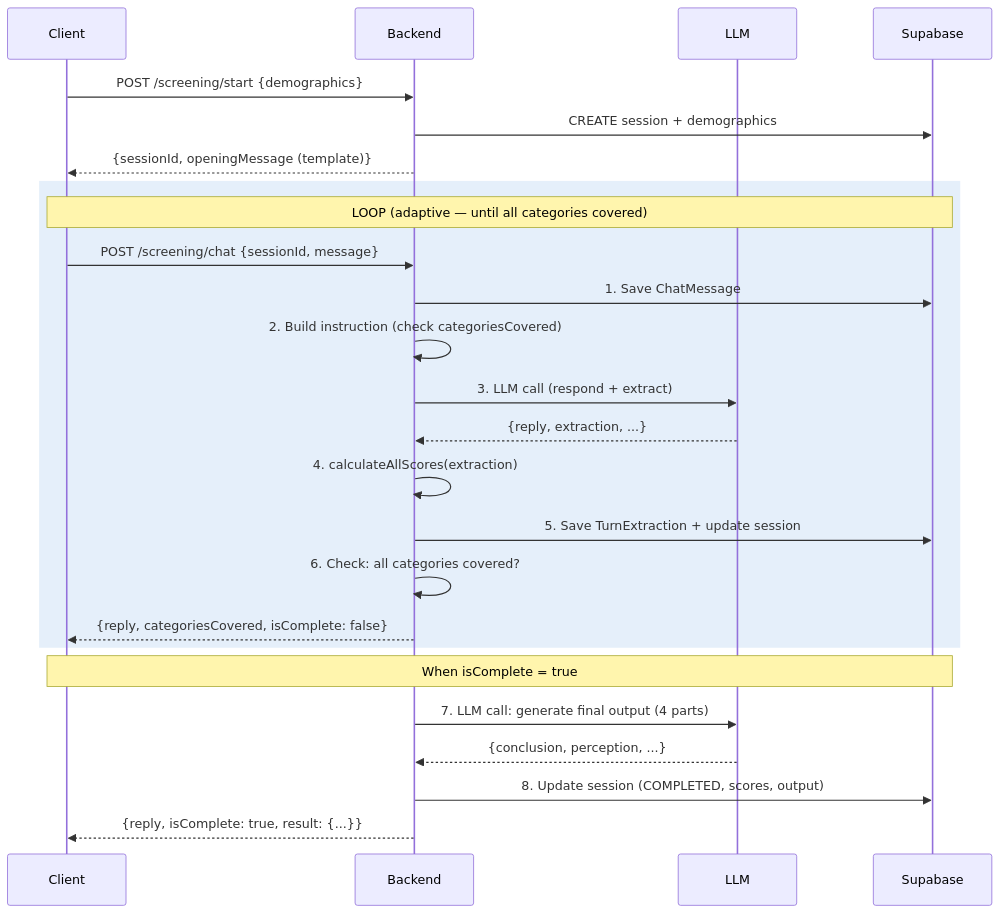
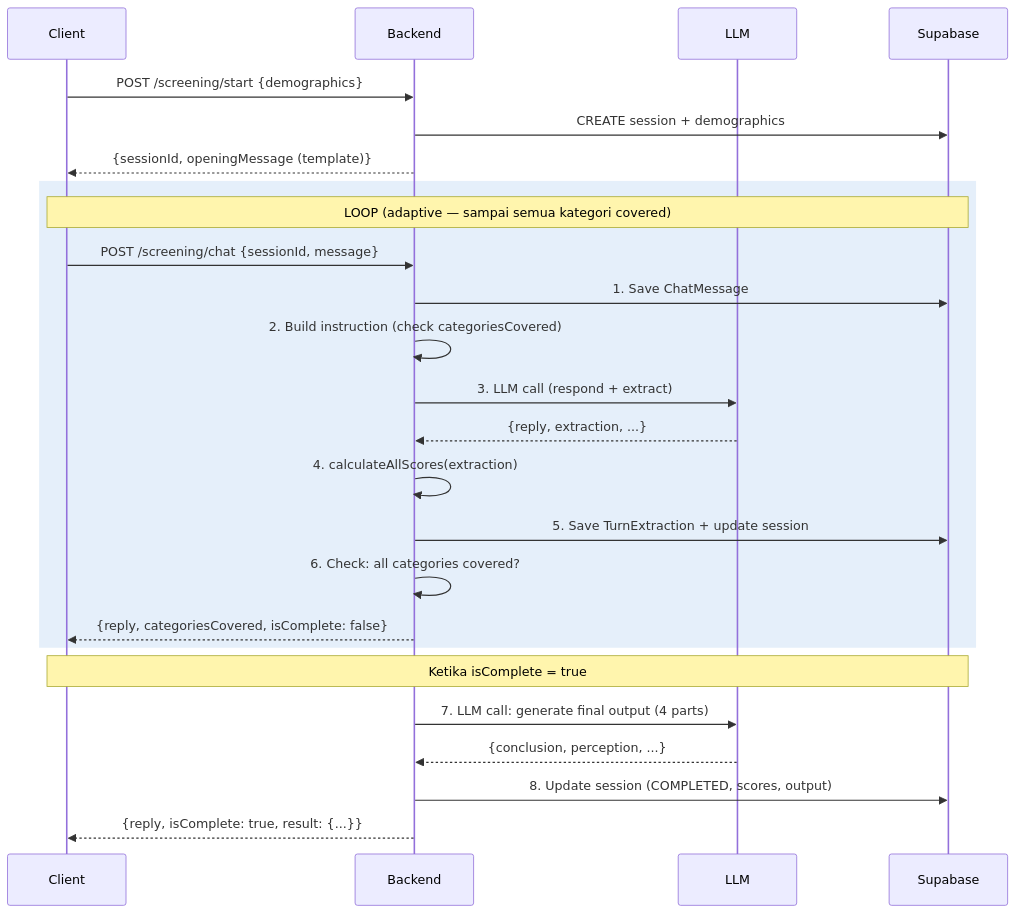
The second of 2 diagrams in docs/TECHNICAL_SPEC.md (yarsi-ai/sicaps), drawn with Mermaid before and after one commit. The commit also changed other lines of this file and 104 other files, not shown here.

````diff
--- a/docs/TECHNICAL_SPEC.md
+++ b/docs/TECHNICAL_SPEC.md
@@ -484,30 +484,30 @@
 ```mermaid
 sequenceDiagram
     participant C as Client
     participant B as Backend
     participant L as LLM
     participant DB as Supabase
 
     C->>B: POST /screening/start {demographics}
     B->>DB: CREATE session + demographics
     B-->>C: {sessionId, openingMessage (template)}
 
     rect rgba(0, 100, 200, 0.1)
-    note over C,DB: LOOP (adaptive — until all categories covered)
+    note over C,DB: LOOP (adaptive — sampai semua kategori covered)
     C->>B: POST /screening/chat {sessionId, message}
     B->>DB: 1. Save ChatMessage
     B->>B: 2. Build instruction (check categoriesCovered)
     B->>L: 3. LLM call (respond + extract)
     L-->>B: {reply, extraction, ...}
     B->>B: 4. calculateAllScores(extraction)
     B->>DB: 5. Save TurnExtraction + update session
     B->>B: 6. Check: all categories covered?
     B-->>C: {reply, categoriesCovered, isComplete: false}
     end
 
-    note over C,DB: When isComplete = true
+    note over C,DB: Ketika isComplete = true
     B->>L: 7. LLM call: generate final output (4 parts)
     L-->>B: {conclusion, perception, ...}
     B->>DB: 8. Update session (COMPLETED, scores, output)
     B-->>C: {reply, isComplete: true, result: {...}}
 ```
````
